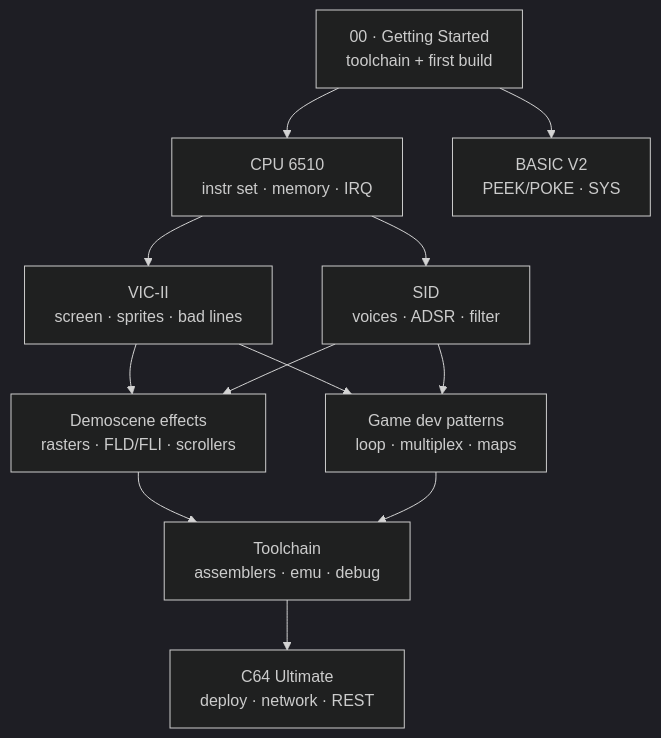
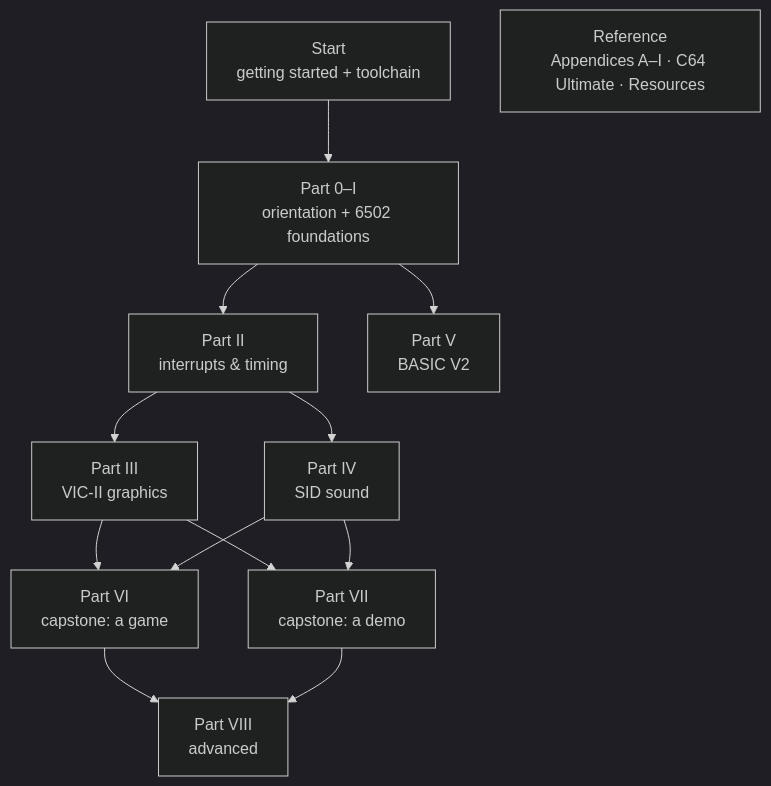
The diagram in docs/README.md (rhmoller/commodore64), drawn with Mermaid (dark theme) before and after one commit. The commit also changed other lines of this file and 16 other files, not shown here.

````diff
--- a/docs/README.md
+++ b/docs/README.md
@@ -13,14 +11,15 @@
 ```mermaid
 flowchart TD
-    GS["00 · Getting Started<br/>toolchain + first build"] --> CPU["CPU 6510<br/>instr set · memory · IRQ"]
-    CPU --> VIC["VIC-II<br/>screen · sprites · bad lines"]
-    CPU --> SID["SID<br/>voices · ADSR · filter"]
-    VIC --> DEMO["Demoscene effects<br/>rasters · FLD/FLI · scrollers"]
-    VIC --> GAME["Game dev patterns<br/>loop · multiplex · maps"]
-    SID --> GAME
-    SID --> DEMO
-    GS --> BASIC["BASIC V2<br/>PEEK/POKE · SYS"]
-    DEMO --> TOOL["Toolchain<br/>assemblers · emu · debug"]
-    GAME --> TOOL
-    TOOL --> ULT["C64 Ultimate<br/>deploy · network · REST"]
+    START["Start<br/>getting started + toolchain"] --> P0["Part 0–I<br/>orientation + 6502 foundations"]
+    P0 --> P2["Part II<br/>interrupts & timing"]
+    P2 --> P3["Part III<br/>VIC-II graphics"]
+    P2 --> P4["Part IV<br/>SID sound"]
+    P0 --> P5["Part V<br/>BASIC V2"]
+    P3 --> GAME["Part VI<br/>capstone: a game"]
+    P4 --> GAME
+    P3 --> DEMO["Part VII<br/>capstone: a demo"]
+    P4 --> DEMO
+    GAME --> ADV["Part VIII<br/>advanced"]
+    DEMO --> ADV
+    REF["Reference<br/>Appendices A–I · C64 Ultimate · Resources"]
 ```
````
